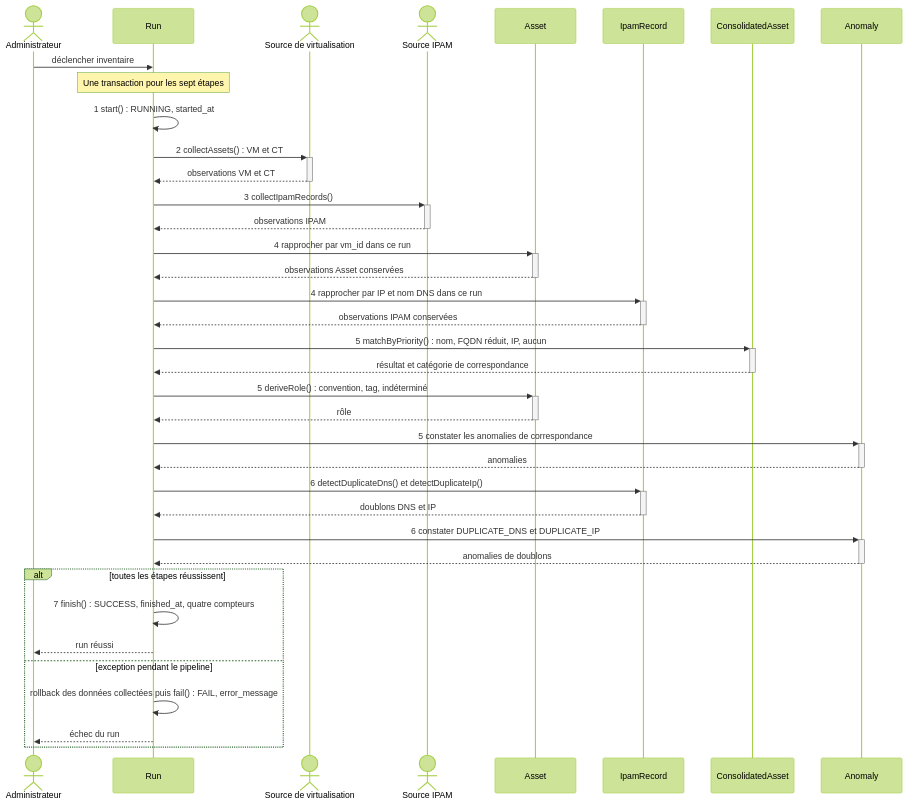
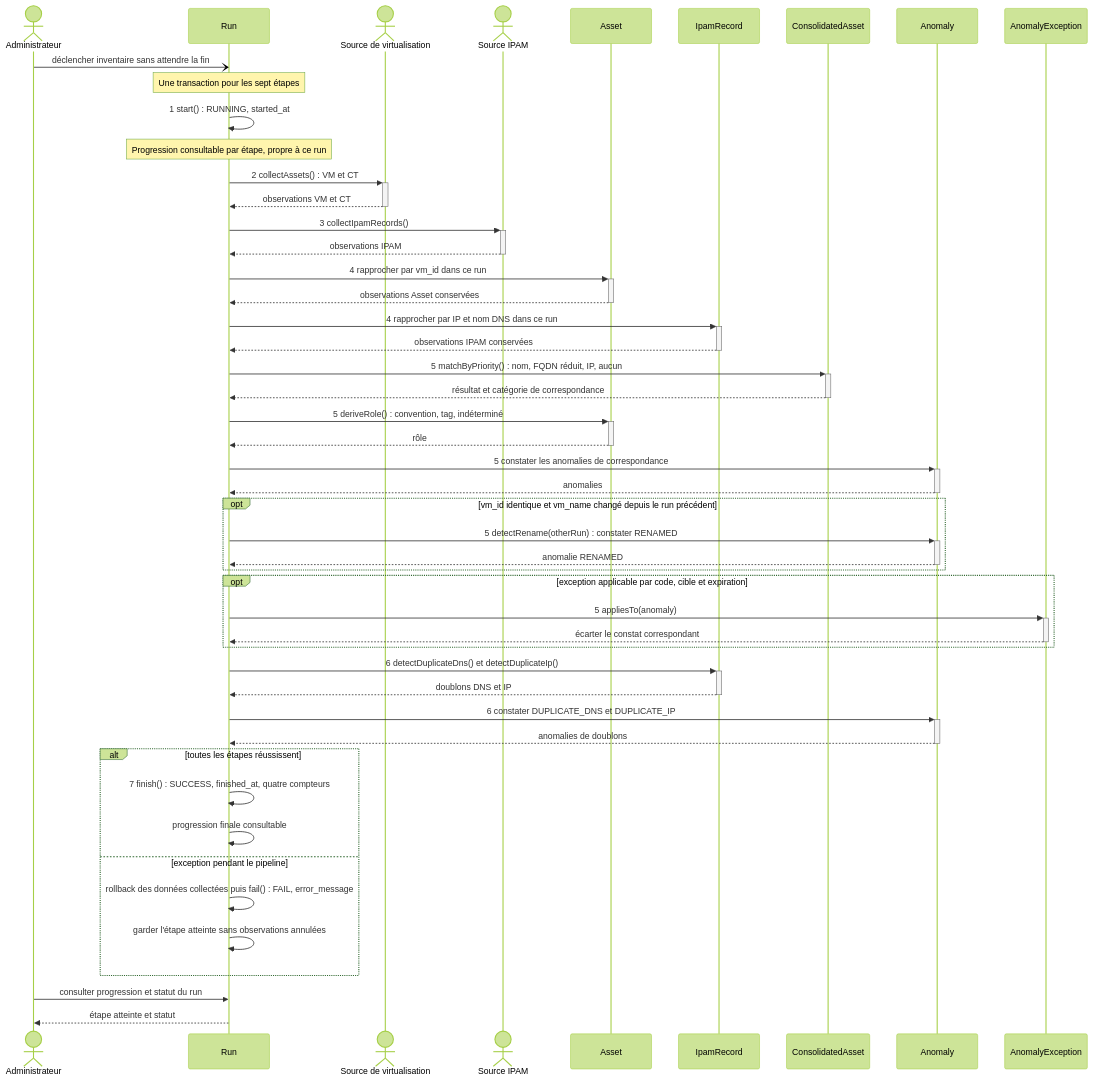
The first of 2 diagrams in docs/modele/sequences.md (Fr0gzilla/CloudInventory), drawn with Mermaid (forest theme) before and after one commit. The commit also changed other lines of this file and 9 other files, not shown here.

````diff
--- a/docs/modele/sequences.md
+++ b/docs/modele/sequences.md
@@ -5,39 +5,51 @@
 ```mermaid
 sequenceDiagram
     actor Administrateur
     participant Run
     actor Virtualisation as Source de virtualisation
     actor IPAM as Source IPAM
     participant Asset
     participant IpamRecord
     participant ConsolidatedAsset
     participant Anomaly
-    Administrateur->>Run: déclencher inventaire
+    participant AnomalyException
+    Administrateur-)Run: déclencher inventaire sans attendre la fin
     Note over Run: Une transaction pour les sept étapes
     Run->>Run: 1 start() : RUNNING, started_at
+    Note over Run: Progression consultable par étape, propre à ce run
     Run->>+Virtualisation: 2 collectAssets() : VM et CT
     Virtualisation-->>-Run: observations VM et CT
     Run->>+IPAM: 3 collectIpamRecords()
     IPAM-->>-Run: observations IPAM
     Run->>+Asset: 4 rapprocher par vm_id dans ce run
     Asset-->>-Run: observations Asset conservées
     Run->>+IpamRecord: 4 rapprocher par IP et nom DNS dans ce run
     IpamRecord-->>-Run: observations IPAM conservées
     Run->>+ConsolidatedAsset: 5 matchByPriority() : nom, FQDN réduit, IP, aucun
     ConsolidatedAsset-->>-Run: résultat et catégorie de correspondance
     Run->>+Asset: 5 deriveRole() : convention, tag, indéterminé
     Asset-->>-Run: rôle
     Run->>+Anomaly: 5 constater les anomalies de correspondance
     Anomaly-->>-Run: anomalies
+    opt vm_id identique et vm_name changé depuis le run précédent
+        Run->>+Anomaly: 5 detectRename(otherRun) : constater RENAMED
+        Anomaly-->>-Run: anomalie RENAMED
+    end
+    opt exception applicable par code, cible et expiration
+        Run->>+AnomalyException: 5 appliesTo(anomaly)
+        AnomalyException-->>-Run: écarter le constat correspondant
+    end
     Run->>+IpamRecord: 6 detectDuplicateDns() et detectDuplicateIp()
     IpamRecord-->>-Run: doublons DNS et IP
     Run->>+Anomaly: 6 constater DUPLICATE_DNS et DUPLICATE_IP
     Anomaly-->>-Run: anomalies de doublons
     alt toutes les étapes réussissent
         Run->>Run: 7 finish() : SUCCESS, finished_at, quatre compteurs
-        Run-->>Administrateur: run réussi
+        Run->>Run: progression finale consultable
     else exception pendant le pipeline
         Run->>Run: rollback des données collectées puis fail() : FAIL, error_message
-        Run-->>Administrateur: échec du run
+        Run->>Run: garder l'étape atteinte sans observations annulées
     end
+    Administrateur->>Run: consulter progression et statut du run
+    Run-->>Administrateur: étape atteinte et statut
 ```
````
